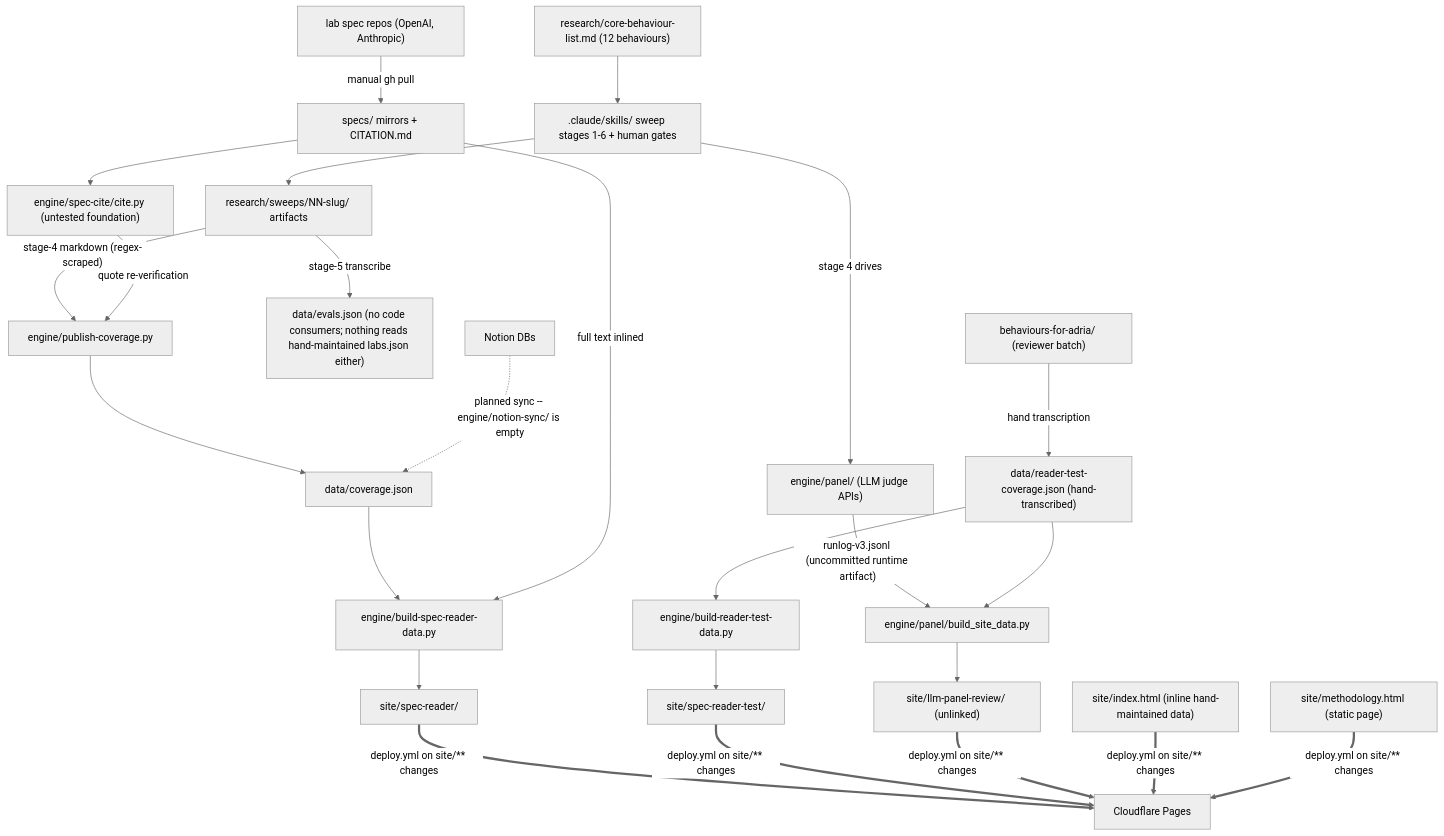
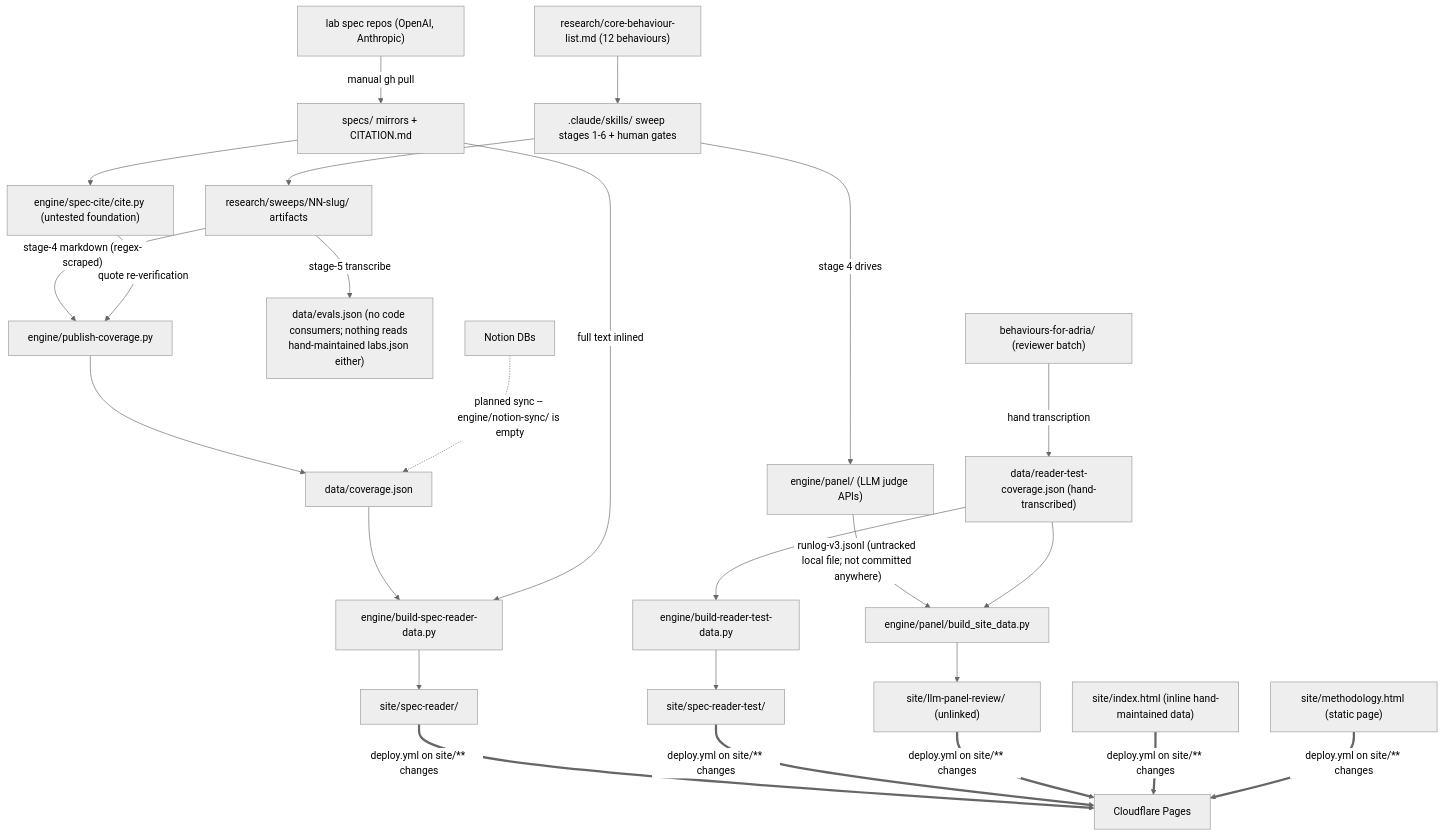
One commit to AndresCotton/ai-character-index changed the diagram in SYSTEM.md. Above: the diagram before and after it, drawn with Mermaid (neutral theme). The commit also changed other lines of this file and 7 other files, not shown here.

First line of the commit message:
docs: round-15 review fixes -- runlog is an untracked local file, not on any branch

````diff
--- a/SYSTEM.md
+++ b/SYSTEM.md
@@ -13,25 +13,25 @@
 ```mermaid
 graph TB
   upstream["lab spec repos (OpenAI, Anthropic)"] -->|"manual gh pull"| specs["specs/ mirrors + CITATION.md"]
   specs --> cite["engine/spec-cite/cite.py (untested foundation)"]
   core["research/core-behaviour-list.md (12 behaviours)"] --> skills[".claude/skills/ sweep stages 1-6 + human gates"]
   skills --> sweeps["research/sweeps/NN-slug/ artifacts"]
   skills -->|"stage 4 drives"| panel["engine/panel/ (LLM judge APIs)"]
   sweeps -->|"stage-4 markdown (regex-scraped)"| pub["engine/publish-coverage.py"]
   cite -->|"quote re-verification"| pub
   pub --> cov["data/coverage.json"]
   sweeps -->|"stage-5 transcribe"| unused["data/evals.json (no code consumers; nothing reads hand-maintained labs.json either)"]
-  panel -->|"runlog-v3.jsonl (uncommitted runtime artifact)"| bsd["engine/panel/build_site_data.py"]
+  panel -->|"runlog-v3.jsonl (untracked local file; not committed anywhere)"| bsd["engine/panel/build_site_data.py"]
   rtc["data/reader-test-coverage.json (hand-transcribed)"] --> bsd
   rtc --> brt["engine/build-reader-test-data.py"]
   cov --> bsr["engine/build-spec-reader-data.py"]
   specs -->|"full text inlined"| bsr
   bsr --> reader["site/spec-reader/"]
   brt --> bench["site/spec-reader-test/"]
   bsd --> panelview["site/llm-panel-review/ (unlinked)"]
   adria["behaviours-for-adria/ (reviewer batch)"] -->|"hand transcription"| rtc
   proto["site/index.html (inline hand-maintained data)"]
   meth["site/methodology.html (static page)"]
   reader & bench & panelview & proto & meth ==>|"deploy.yml on site/** changes"| cf["Cloudflare Pages"]
   notion["Notion DBs"] -.->|"planned sync -- engine/notion-sync/ is empty"| cov
 ```
````
